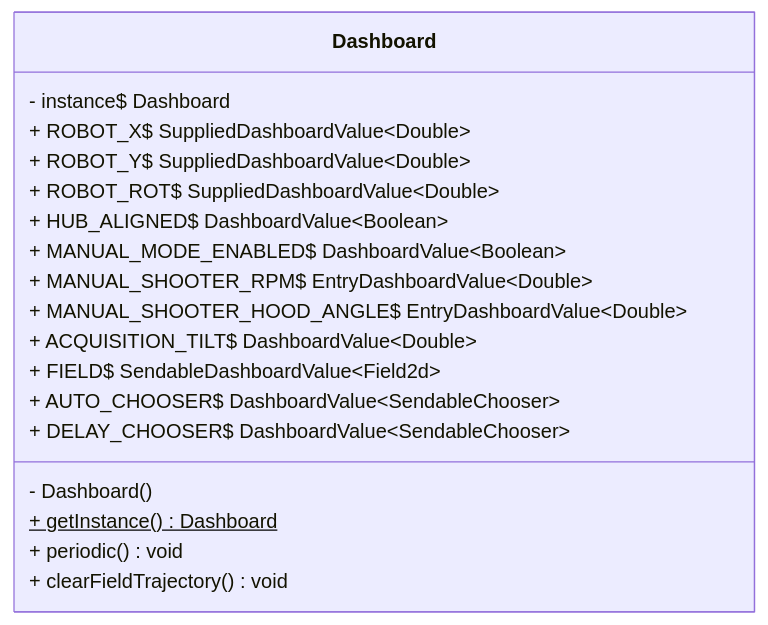
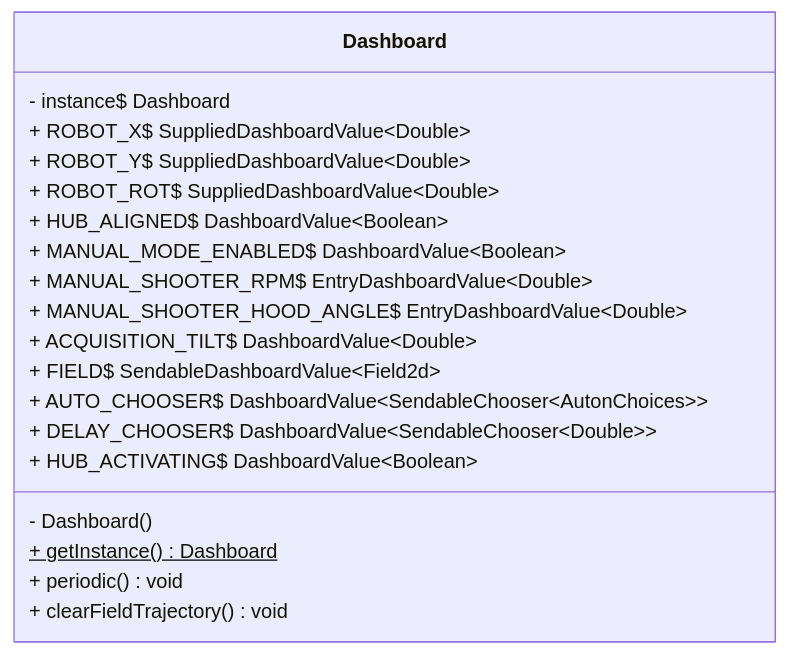
Before and after one commit to LakotaRobotics1038/2026RobotProject: the diagram in src/uml/frc/robot/subsystems/Dashboard.mmd, drawn with Mermaid. The commit also changed 14 other files, not shown here.

Commit message:
uml updates

```diff
--- a/src/uml/frc/robot/subsystems/Dashboard.mmd
+++ b/src/uml/frc/robot/subsystems/Dashboard.mmd
@@ -1,21 +1,22 @@
 classDiagram
   direction LR
 
   class Dashboard {
     - instance$ Dashboard
     + ROBOT_X$ SuppliedDashboardValue~Double~
     + ROBOT_Y$ SuppliedDashboardValue~Double~
     + ROBOT_ROT$ SuppliedDashboardValue~Double~
     + HUB_ALIGNED$ DashboardValue~Boolean~
     + MANUAL_MODE_ENABLED$ DashboardValue~Boolean~
     + MANUAL_SHOOTER_RPM$ EntryDashboardValue~Double~
     + MANUAL_SHOOTER_HOOD_ANGLE$ EntryDashboardValue~Double~
     + ACQUISITION_TILT$ DashboardValue~Double~
     + FIELD$ SendableDashboardValue~Field2d~
-    + AUTO_CHOOSER$ DashboardValue~SendableChooser~
-    + DELAY_CHOOSER$ DashboardValue~SendableChooser~
+    + AUTO_CHOOSER$ DashboardValue~SendableChooser~AutonChoices~~
+    + DELAY_CHOOSER$ DashboardValue~SendableChooser~Double~~
+    + HUB_ACTIVATING$ DashboardValue~Boolean~
     - Dashboard()
     + getInstance()$ Dashboard
     + periodic() void
     + clearFieldTrajectory() void
   }
```
